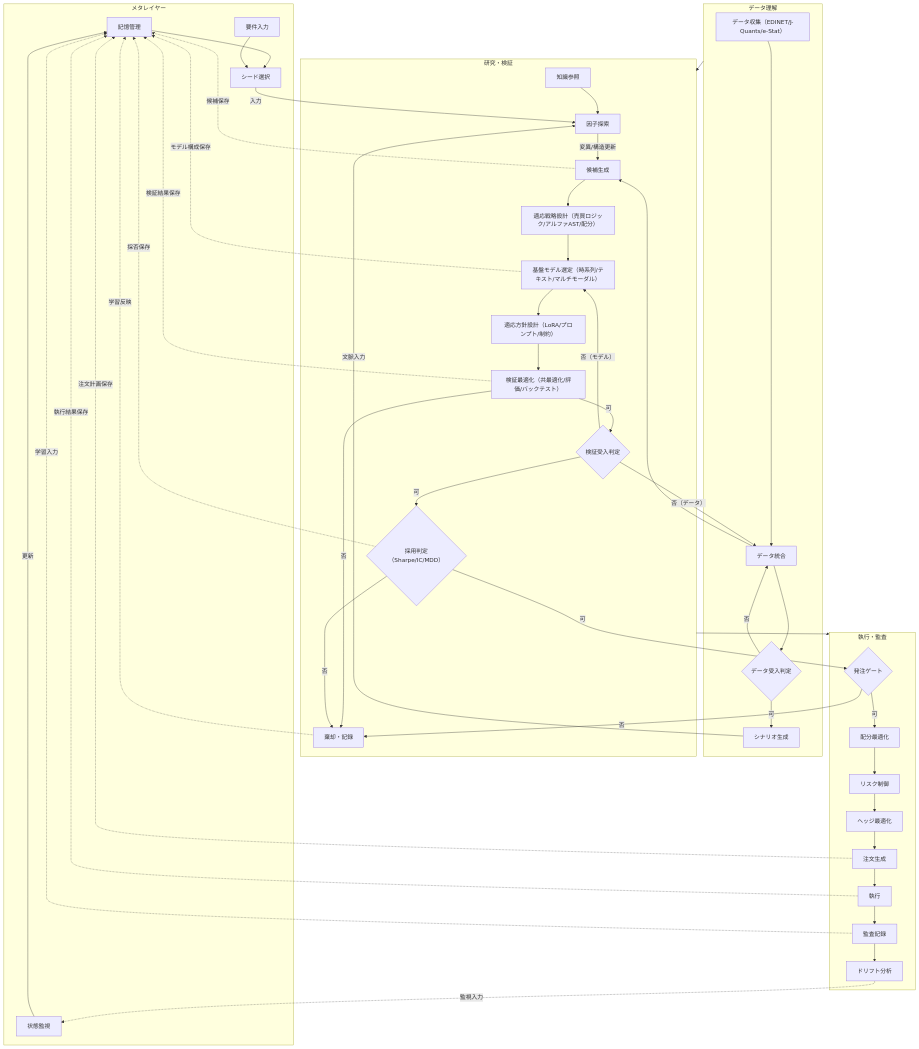
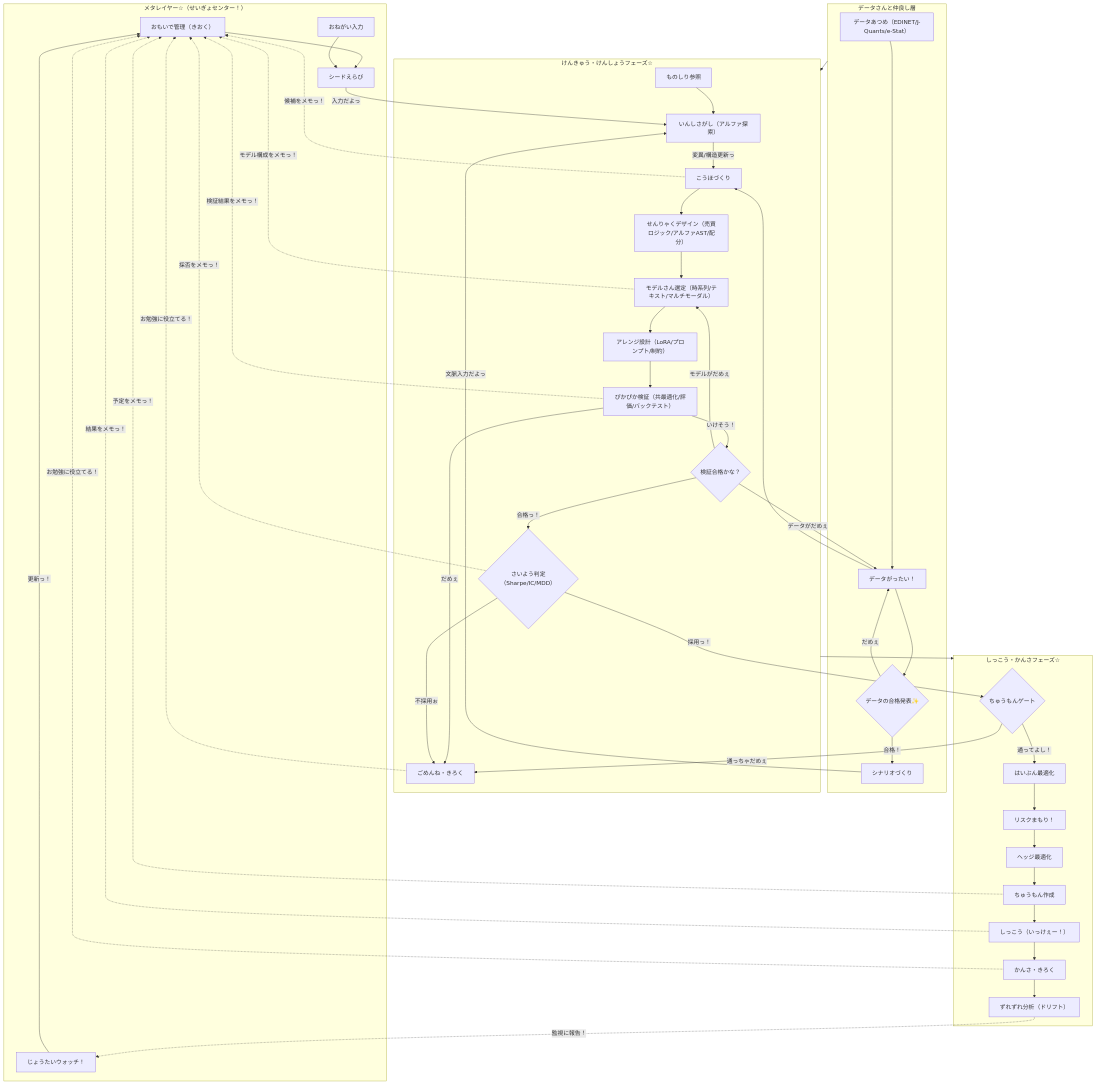
The diagram in docs/diagrams/simpleflowchart.md (KAFKA2306/investor), drawn with Mermaid before and after one commit. The commit also changed other lines of this file and 6 other files, not shown here.

Commit message:
docs(workflow): 自律アルファ探索ループの一元導線と本質図を整理

````diff
--- a/docs/diagrams/simpleflowchart.md
+++ b/docs/diagrams/simpleflowchart.md
@@ -5,62 +5,62 @@
 ```mermaid
 flowchart TD
-    subgraph メタレイヤー [メタレイヤー]
-        記憶管理["記憶管理"]
-        状態監視["状態監視"]
-        要件入力["要件入力"]
-        シード選択["シード選択"]
-        状態監視 --> |更新| 記憶管理
+    subgraph メタレイヤー [メタレイヤー☆（せいぎょセンター！）]
+        記憶管理["おもいで管理（きおく）"]
+        状態監視["じょうたいウォッチ！"]
+        要件入力["おねがい入力"]
+        シード選択["シードえらび"]
+        状態監視 --> |更新っ！| 記憶管理
         記憶管理 --> シード選択
         要件入力 --> シード選択
     end
 
-    subgraph データ理解層 [データ理解]
-        データ収集["データ収集（EDINET/J-Quants/e-Stat）"] --> データ統合["データ統合"]
-        データ統合 --> データ受入判定{"データ受入判定"}
-        データ受入判定 -- "可" --> シナリオ生成["シナリオ生成"]
-        データ受入判定 -- "否" --> データ統合
+    subgraph データ理解層 [データさんと仲良し層]
+        データ収集["データあつめ（EDINET/J-Quants/e-Stat）"] --> データ統合["データがったい！"]
+        データ統合 --> データ受入判定{"データの合格発表✨"}
+        データ受入判定 -- "合格！" --> シナリオ生成["シナリオづくり"]
+        データ受入判定 -- "だめぇ" --> データ統合
     end
 
-    subgraph 研究検証フェーズ [研究・検証]
-        知識参照["知識参照"] --> 因子探索["因子探索"]
-        シード選択 --> |入力| 因子探索
-        シナリオ生成 --> |文脈入力| 因子探索
-        因子探索 --> |変異/構造更新| 候補生成["候補生成"]
+    subgraph 研究検証フェーズ [けんきゅう・けんしょうフェーズ☆]
+        知識参照["ものしり参照"] --> 因子探索["いんしさがし（アルファ探索）"]
+        シード選択 --> |入力だよっ| 因子探索
+        シナリオ生成 --> |文脈入力だよっ| 因子探索
+        因子探索 --> |変異/構造更新っ| 候補生成["こうほづくり"]
         データ統合 --> 候補生成
-        候補生成 -.-> |候補保存| 記憶管理
-        候補生成 --> 適応戦略設計["適応戦略設計（売買ロジック/アルファAST/配分）"]
-        適応戦略設計 --> 基盤モデル選定["基盤モデル選定（時系列/テキスト/マルチモーダル）"]
-        基盤モデル選定 --> 適応方針設計["適応方針設計（LoRA/プロンプト/制約）"]
-        適応方針設計 --> 検証最適化["検証最適化（共最適化/評価/バックテスト）"]
-        基盤モデル選定 -.-> |モデル構成保存| 記憶管理
-        検証最適化 -- "否" --> 棄却["棄却・記録"]
-        検証最適化 -- "可" --> 検証受入判定{"検証受入判定"}
-        検証受入判定 -- "可" --> 採用判定{"採用判定（Sharpe/IC/MDD）"}
-        検証受入判定 -- "否（データ）" --> データ統合
-        検証受入判定 -- "否（モデル）" --> 基盤モデル選定
-        検証最適化 -.-> |検証結果保存| 記憶管理
-        採用判定 -- "否" --> 棄却
-        採用判定 -.-> |採否保存| 記憶管理
+        候補生成 -.-> |候補をメモっ！| 記憶管理
+        候補生成 --> 適応戦略設計["せんりゃくデザイン（売買ロジック/アルファAST/配分）"]
+        適応戦略設計 --> 基盤モデル選定["モデルさん選定（時系列/テキスト/マルチモーダル）"]
+        基盤モデル選定 --> 適応方針設計["アレンジ設計（LoRA/プロンプト/制約）"]
+        適応方針設計 --> 検証最適化["ぴかぴか検証（共最適化/評価/バックテスト）"]
+        基盤モデル選定 -.-> |モデル構成をメモっ！| 記憶管理
+        検証最適化 -- "だめぇ" --> 棄却["ごめんね・きろく"]
+        検証最適化 -- "いけそう！" --> 検証受入判定{"検証合格かな？"}
+        検証受入判定 -- "合格っ！" --> 採用判定{"さいよう判定（Sharpe/IC/MDD）"}
+        検証受入判定 -- "データがだめぇ" --> データ統合
+        検証受入判定 -- "モデルがだめぇ" --> 基盤モデル選定
+        検証最適化 -.-> |検証結果をメモっ！| 記憶管理
+        採用判定 -- "不採用ぉ" --> 棄却
+        採用判定 -.-> |採否をメモっ！| 記憶管理
         
-        棄却 -.-> |学習反映| 記憶管理
+        棄却 -.-> |お勉強に役立てる！| 記憶管理
     end
 
-    subgraph 執行監査フェーズ [執行・監査]
-        採用判定 -- "可" --> 発注ゲート{"発注ゲート"}
-        発注ゲート -- "可" --> 配分最適化["配分最適化"]
-        発注ゲート -- "否" --> 棄却
-        配分最適化 --> リスク制御["リスク制御"]
+    subgraph 執行監査フェーズ [しっこう・かんさフェーズ☆]
+        採用判定 -- "採用っ！" --> 発注ゲート{"ちゅうもんゲート"}
+        発注ゲート -- "通ってよし！" --> 配分最適化["はいぶん最適化"]
+        発注ゲート -- "通っちゃだめぇ" --> 棄却
+        配分最適化 --> リスク制御["リスクまもり！"]
         リスク制御 --> ヘッジ最適化["ヘッジ最適化"]
-        ヘッジ最適化 --> 注文生成["注文生成"]
-        注文生成 --> 執行["執行"]
-        注文生成 -.-> |注文計画保存| 記憶管理
-        執行 -.-> |執行結果保存| 記憶管理
-        執行 --> 監査記録["監査記録"]
-        監査記録 --> ドリフト分析["ドリフト分析"]
-        ドリフト分析 -.-> |監視入力| 状態監視
-        監査記録 -.-> |学習入力| 記憶管理
+        ヘッジ最適化 --> 注文生成["ちゅうもん作成"]
+        注文生成 --> 執行["しっこう（いっけぇー！）"]
+        注文生成 -.-> |予定をメモっ！| 記憶管理
+        執行 -.-> |結果をメモっ！| 記憶管理
+        執行 --> 監査記録["かんさ・きろく"]
+        監査記録 --> ドリフト分析["ずれずれ分析（ドリフト）"]
+        ドリフト分析 -.-> |監視に報告！| 状態監視
+        監査記録 -.-> |お勉強に役立てる！| 記憶管理
     end
 
     データ理解層 --> 研究検証フェーズ
     研究検証フェーズ --> 執行監査フェーズ
 ```
````
